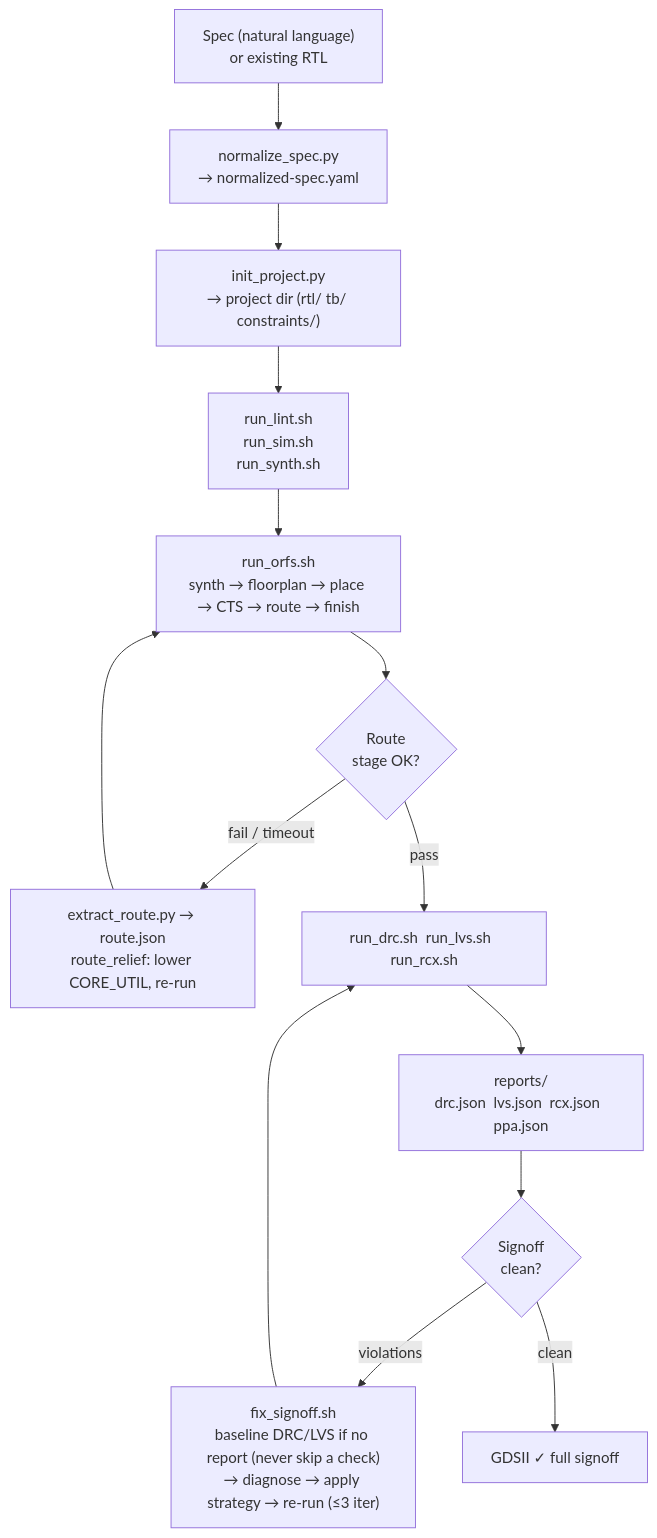
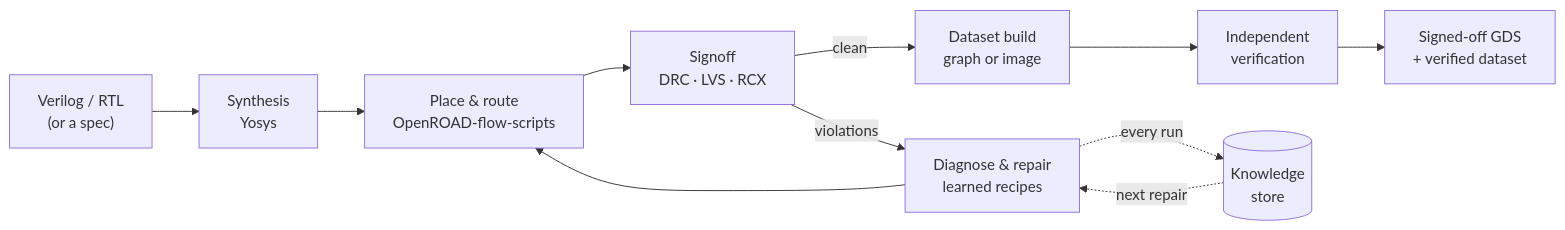
Before and after one commit to ShenShan123/r2g-skills: the first of 2 diagrams in README.md, drawn with Mermaid. The commit also changed other lines of this file and 1 other file, not shown here.

First line of the commit message:
docs: restructure the README; add a full Chinese version

````diff
--- a/README.md
+++ b/README.md
@@ -436,16 +51,13 @@
 ```mermaid
-flowchart TD
-    A["Spec (natural language)\nor existing RTL"] --> B["normalize_spec.py\n→ normalized-spec.yaml"]
-    B --> C["init_project.py\n→ project dir (rtl/ tb/ constraints/)"]
-    C --> D["run_lint.sh\nrun_sim.sh\nrun_synth.sh"]
-    D --> E["run_orfs.sh\nsynth → floorplan → place → CTS → route → finish"]
-    E --> RouteOK{"Route\nstage OK?"}
-    RouteOK -- "fail / timeout" --> ER["extract_route.py → route.json\nroute_relief: lower CORE_UTIL, re-run"]
-    ER --> E
-    RouteOK -- "pass" --> S["run_drc.sh  run_lvs.sh  run_rcx.sh"]
-    S --> R["reports/\ndrc.json  lvs.json  rcx.json  ppa.json"]
-    R --> OK{"Signoff\nclean?"}
-    OK -- "violations" --> F["fix_signoff.sh\nbaseline DRC/LVS if no report (never skip a check)\n→ diagnose → apply strategy → re-run (≤3 iter)"]
-    F --> S
-    OK -- "clean" --> G["GDSII ✓  full signoff"]
+flowchart LR
+    A["Verilog / RTL<br/>(or a spec)"] --> B["Synthesis<br/>Yosys"]
+    B --> C["Place & route<br/>OpenROAD-flow-scripts"]
+    C --> D["Signoff<br/>DRC · LVS · RCX"]
+    D -- "violations" --> E["Diagnose & repair<br/>learned recipes"]
+    E --> C
+    D -- "clean" --> F["Dataset build<br/>graph or image"]
+    F --> G["Independent<br/>verification"]
+    G --> H["Signed-off GDS<br/>+ verified dataset"]
+    E -. "every run" .-> K[("Knowledge<br/>store")]
+    K -. "next repair" .-> E
 ```
````
